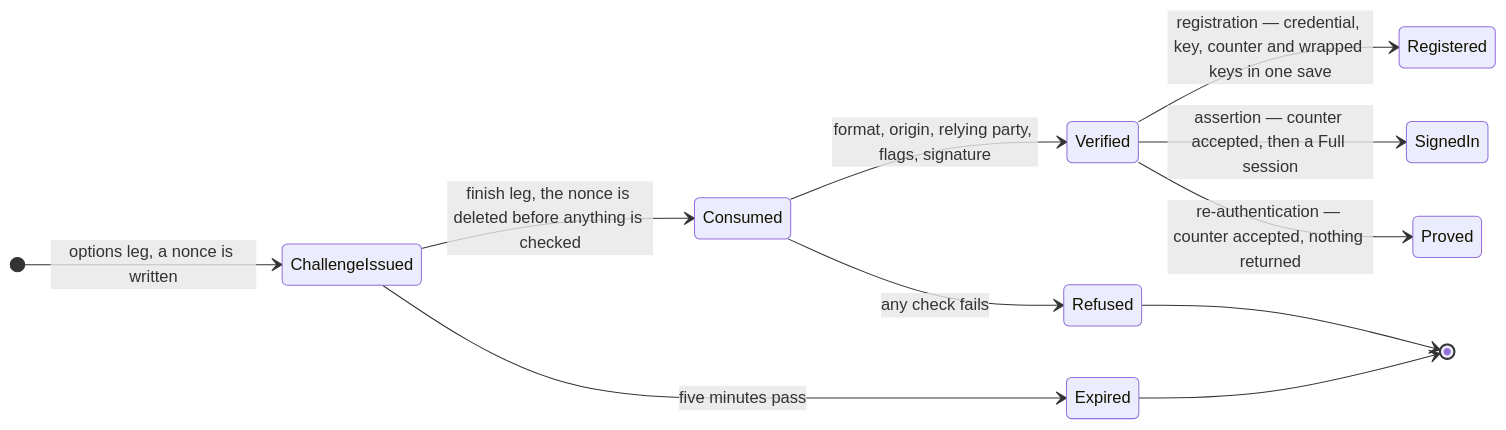
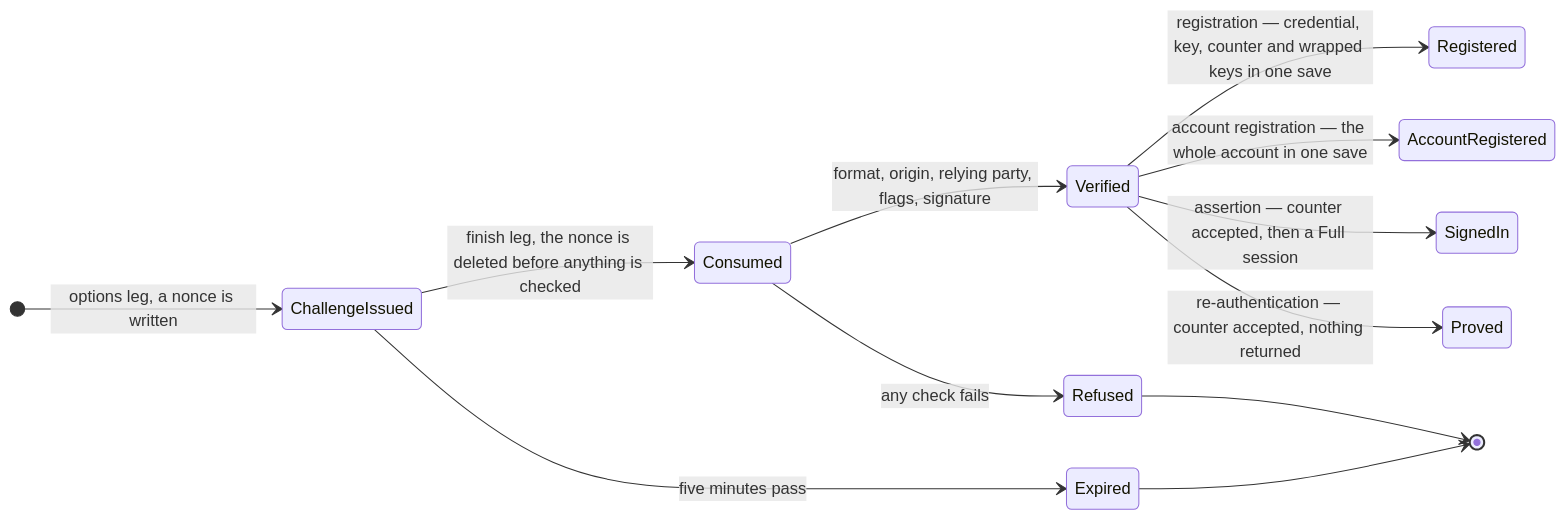
One commit to anton-kochev/budgetoid changed the second of 2 diagrams in docs/business-logic/passkeys.md. Above: the diagram before and after it, drawn with Mermaid. The commit also changed other lines of this file and 32 other files, not shown here.

````diff
--- a/docs/business-logic/passkeys.md
+++ b/docs/business-logic/passkeys.md
@@ -472,14 +544,15 @@
 ```mermaid
 stateDiagram-v2
     direction LR
     [*] --> ChallengeIssued : options leg, a nonce is written
     ChallengeIssued --> Consumed : finish leg, the nonce is deleted before anything is checked
     Consumed --> Verified : format, origin, relying party, flags, signature
     Verified --> Registered : registration — credential, key, counter and wrapped keys in one save
+    Verified --> AccountRegistered : account registration — the whole account in one save
     Verified --> SignedIn : assertion — counter accepted, then a Full session
     Verified --> Proved : re-authentication — counter accepted, nothing returned
     Consumed --> Refused : any check fails
     ChallengeIssued --> Expired : five minutes pass
     Refused --> [*]
     Expired --> [*]
 ```
````
